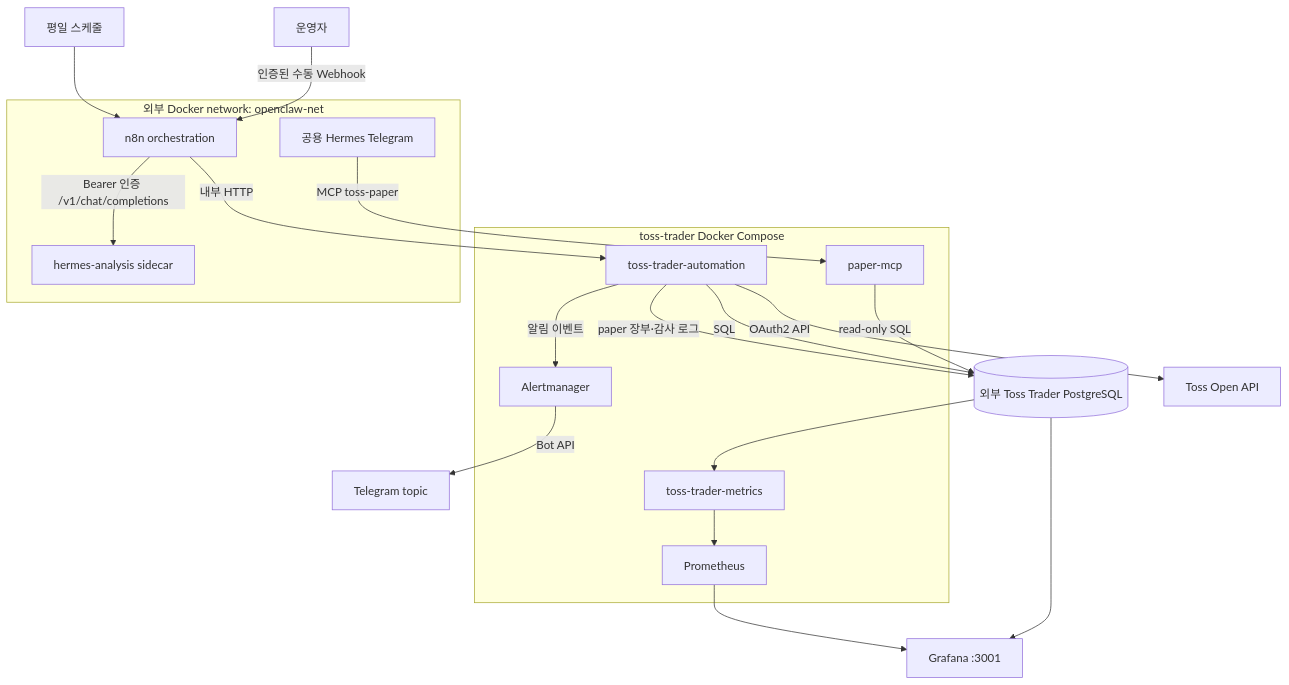
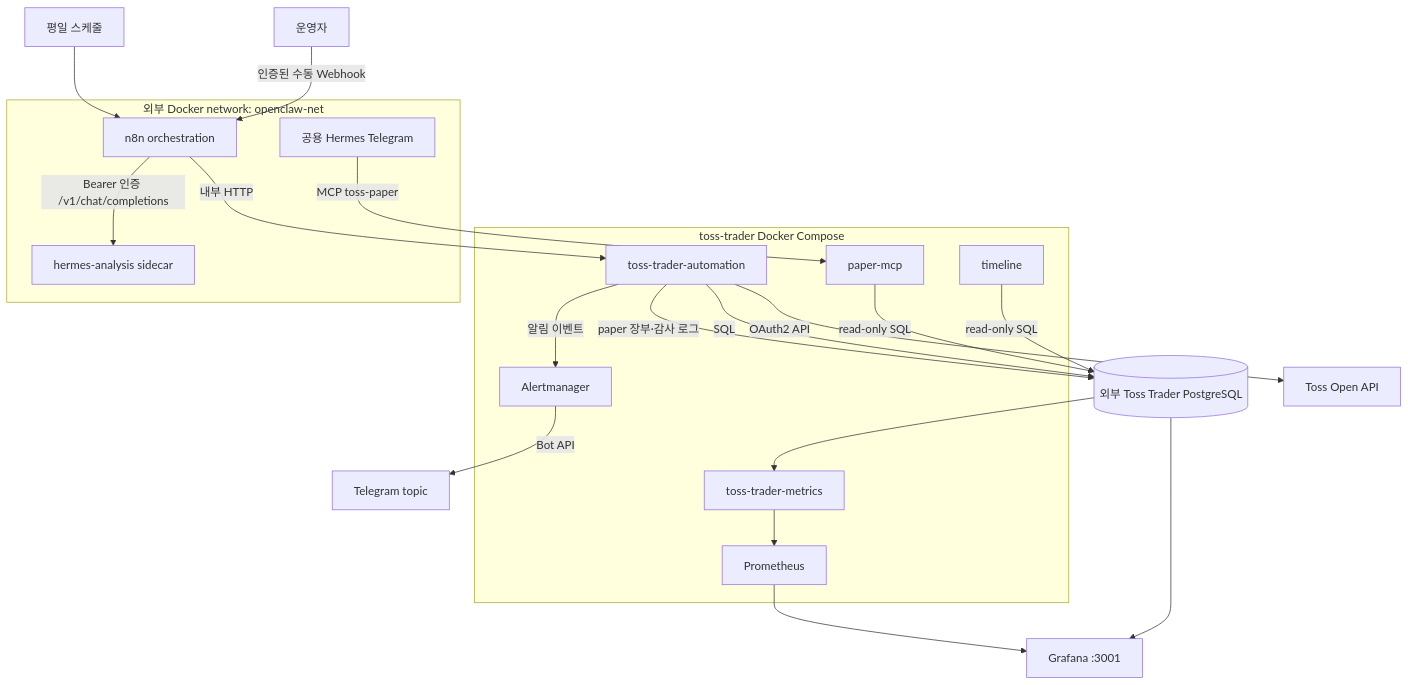
One commit to hunchulchoi/toss-trader changed the first of 12 diagrams in docs/system-workflow.md. Above: the diagram before and after it, drawn with Mermaid. The commit also changed other lines of this file and 8 other files, not shown here.

First line of the commit message:
fix(timeline): reload paper ledger every 30s

````diff
--- a/docs/system-workflow.md
+++ b/docs/system-workflow.md
@@ -5,33 +5,35 @@
 ```mermaid
 flowchart TB
     OP[운영자] -->|인증된 수동 Webhook| N8N
     SCHED[평일 스케줄] --> N8N
 
     subgraph COMPOSE[toss-trader Docker Compose]
         AUTO[toss-trader-automation]
         AM[Alertmanager]
         METRICS[toss-trader-metrics]
         PROM[Prometheus]
         PAPERMCP[paper-mcp]
+        TIMELINE[timeline]
     end
 
     subgraph OPENCLAW[외부 Docker network: openclaw-net]
         N8N[n8n orchestration]
         HERMES[hermes-analysis sidecar]
         PUBHERMES[공용 Hermes Telegram]
     end
 
     N8N -->|내부 HTTP| AUTO
     N8N -->|Bearer 인증 /v1/chat/completions| HERMES
     AUTO -->|OAuth2 API| TOSS[Toss Open API]
     AUTO -->|SQL| DB[(외부 Toss Trader PostgreSQL)]
     AUTO -->|paper 장부·감사 로그| DB
     AUTO -->|알림 이벤트| AM
     AM -->|Bot API| TELEGRAM[Telegram topic]
     PUBHERMES -->|MCP toss-paper| PAPERMCP
     PAPERMCP -->|read-only SQL| DB
+    TIMELINE -->|read-only SQL| DB
     DB --> METRICS
     METRICS --> PROM
     DB --> GRAFANA[Grafana :3001]
     PROM --> GRAFANA
 ```
````
